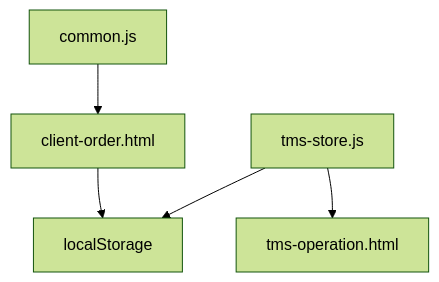
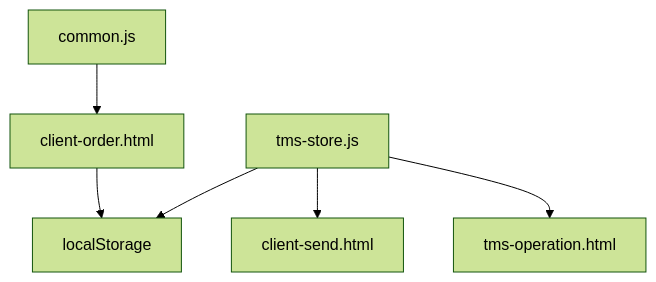
Before and after one commit to PengLine/blog-tms: diagram 11 of 11 in .qoder/repowiki/zh/content/系统管理模块/运营管理/订单管理.md, drawn with Mermaid (forest theme). The commit also changed other lines of this file and 101 other files, not shown here.

````diff
--- a/.qoder/repowiki/zh/content/系统管理模块/运营管理/订单管理.md
+++ b/.qoder/repowiki/zh/content/系统管理模块/运营管理/订单管理.md
@@ -422,7 +524,8 @@
 ```mermaid
 graph TB
 Common["common.js"] --> ClientOrder["client-order.html"]
 Store["tms-store.js"] --> Operation["tms-operation.html"]
+Store --> SendPage["client-send.html"]
 Store --> LocalStorage["localStorage"]
 ClientOrder --> LocalStorage
 ```
````
